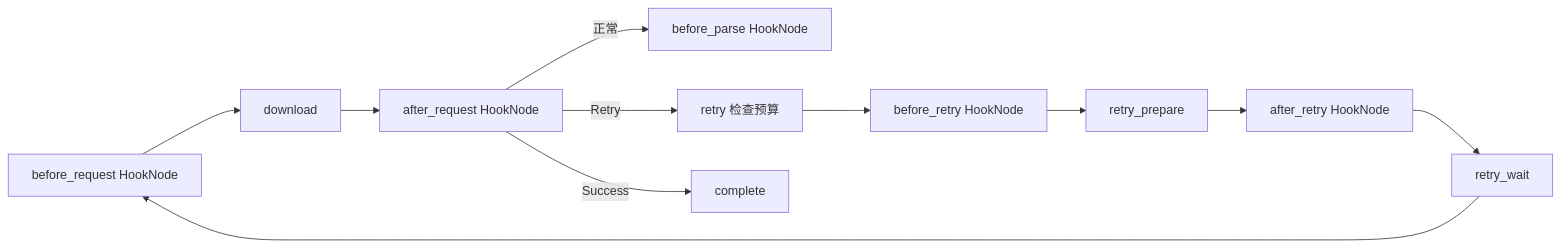
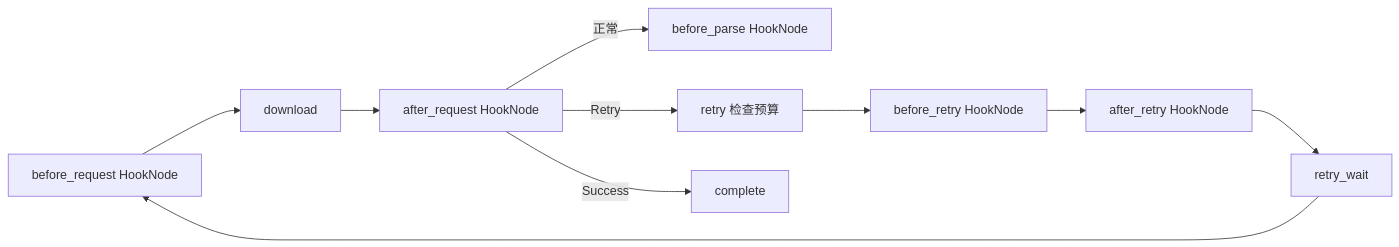
One commit to KKKKKKKEM/bricks changed the diagram in docs/12-hooks-and-signals.md. Above: the diagram before and after it, drawn with Mermaid. The commit also changed other lines of this file and 20 other files, not shown here.

````diff
--- a/docs/12-hooks-and-signals.md
+++ b/docs/12-hooks-and-signals.md
@@ -9,13 +9,12 @@
 ```mermaid
 flowchart LR
     Before[before_request HookNode] --> Download[download]
     Download --> After[after_request HookNode]
     After -->|正常| Parse[before_parse HookNode]
     After -->|Retry| Budget[retry 检查预算]
     Budget --> BR[before_retry HookNode]
-    BR --> Prepare[retry_prepare]
-    Prepare --> AR[after_retry HookNode]
+    BR --> AR[after_retry HookNode]
     AR --> Wait[retry_wait]
     Wait --> Before
     After -->|Success| Complete[complete]
 ```
````
